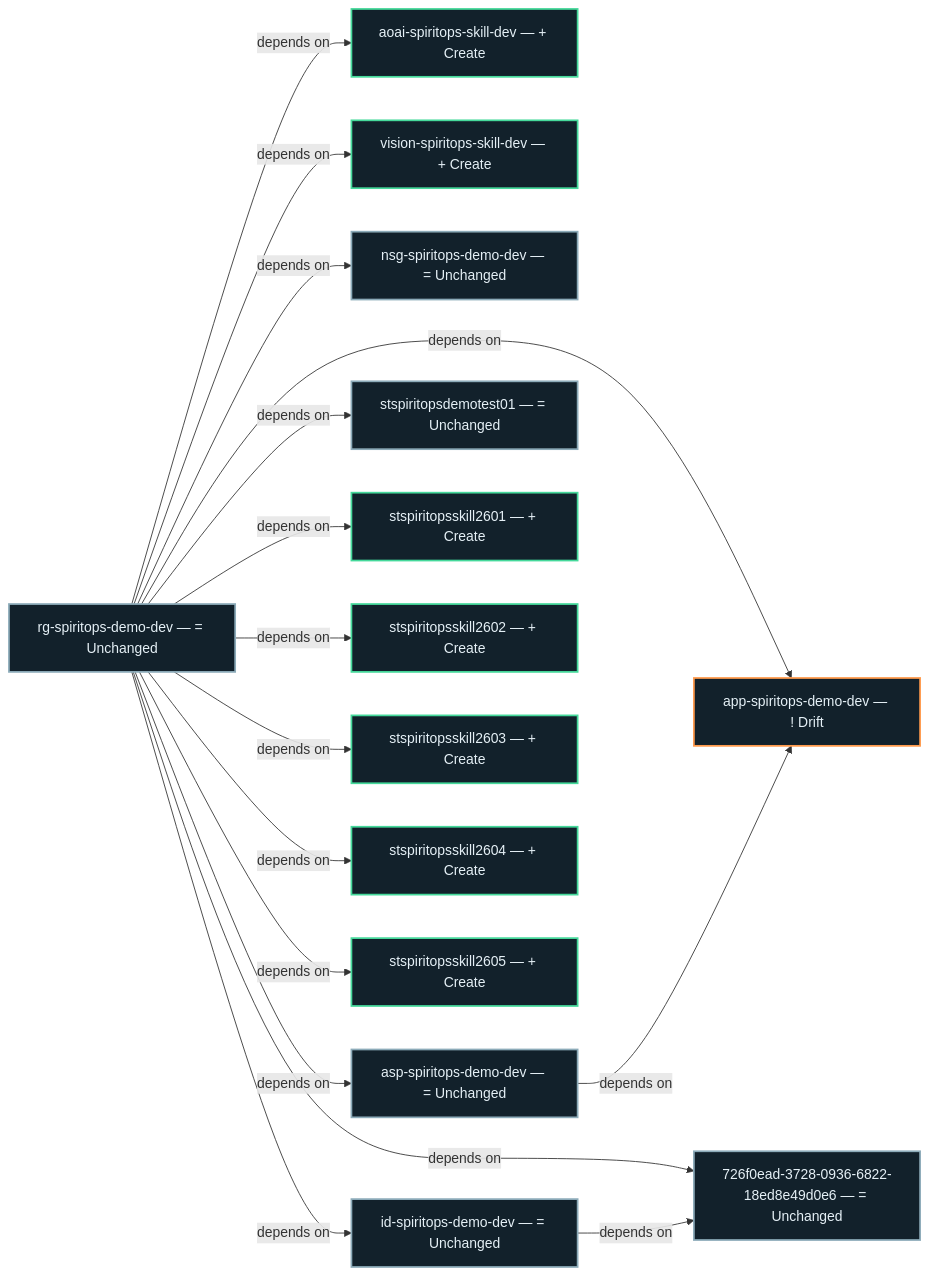
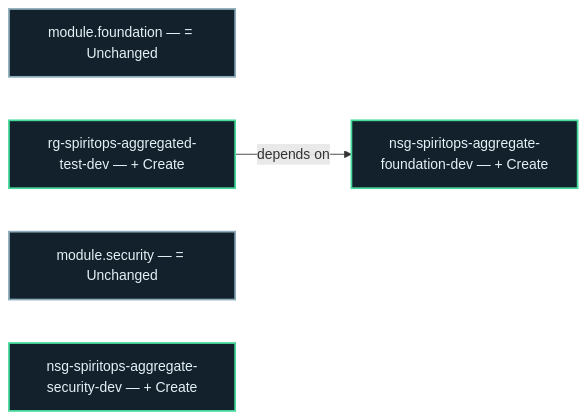
One commit to jeffy555/terraform-onboarding-full-flow changed the diagram in .spiritops/architecture/current/graph.mmd. Above: the diagram before and after it, drawn with Mermaid. The commit also changed 22 other files, not shown here.

Commit message:
spiritops: build 01M61YMXS5BHS2W77H5Q3YKKDN — 3 add, 0 modify, 0 destroy, 0 drift

```diff
--- a/.spiritops/architecture/current/graph.mmd
+++ b/.spiritops/architecture/current/graph.mmd
@@ -1,44 +1,12 @@
 flowchart LR
-  n0802edd44aa523d7a7b4c94a1eaf7e12fe46d0e46be0e5f545d6a581bf97c983["aoai-spiritops-skill-dev — #43; Create"]
-  style n0802edd44aa523d7a7b4c94a1eaf7e12fe46d0e46be0e5f545d6a581bf97c983 fill:#12212b,color:#e5f0f6,stroke:#45d99b,stroke-width:2px
-  n677728a4b675c94547e48c2a4ecb517f9833eb769cc50a5f9edd801996ddd9da["vision-spiritops-skill-dev — #43; Create"]
-  style n677728a4b675c94547e48c2a4ecb517f9833eb769cc50a5f9edd801996ddd9da fill:#12212b,color:#e5f0f6,stroke:#45d99b,stroke-width:2px
-  n0ef718c26f4cd3fe35035ef9304cbd28bc4518941dd40ba07ae4b16fc29d0202["app-spiritops-demo-dev — #33; Drift"]
-  style n0ef718c26f4cd3fe35035ef9304cbd28bc4518941dd40ba07ae4b16fc29d0202 fill:#12212b,color:#e5f0f6,stroke:#ff9a4c,stroke-width:2px
-  nfe07e5e70c45433f9e8025a4a370fd4dfadf120653035f64b0514bdc3a40c262["nsg-spiritops-demo-dev — #61; Unchanged"]
-  style nfe07e5e70c45433f9e8025a4a370fd4dfadf120653035f64b0514bdc3a40c262 fill:#12212b,color:#e5f0f6,stroke:#8cabb9,stroke-width:2px
-  n59bc55bf7437e0fb00a5e7c8a0586c7c8bfaa3bd9ee80be54a259083c4c227c1["rg-spiritops-demo-dev — #61; Unchanged"]
-  style n59bc55bf7437e0fb00a5e7c8a0586c7c8bfaa3bd9ee80be54a259083c4c227c1 fill:#12212b,color:#e5f0f6,stroke:#8cabb9,stroke-width:2px
-  n385a88de0373abefec0d5524e98e58296ddcba70b9e3c74398e2be2d14ddcfba["726f0ead-3728-0936-6822-18ed8e49d0e6 — #61; Unchanged"]
-  style n385a88de0373abefec0d5524e98e58296ddcba70b9e3c74398e2be2d14ddcfba fill:#12212b,color:#e5f0f6,stroke:#8cabb9,stroke-width:2px
-  n617382185b001256a91147d15315c7027036724e256ca6b098ecf52655cc2f2f["asp-spiritops-demo-dev — #61; Unchanged"]
-  style n617382185b001256a91147d15315c7027036724e256ca6b098ecf52655cc2f2f fill:#12212b,color:#e5f0f6,stroke:#8cabb9,stroke-width:2px
-  nf8cdbf0d2487110d1e3acafc17d1ab3fb58f77a3c68b571d5b2327c65abcc582["stspiritopsdemotest01 — #61; Unchanged"]
-  style nf8cdbf0d2487110d1e3acafc17d1ab3fb58f77a3c68b571d5b2327c65abcc582 fill:#12212b,color:#e5f0f6,stroke:#8cabb9,stroke-width:2px
-  nc3745af686eb6cc8ee6f2efc623980d5f17354e978b49c8b091266d7c15a2597["stspiritopsskill2601 — #43; Create"]
-  style nc3745af686eb6cc8ee6f2efc623980d5f17354e978b49c8b091266d7c15a2597 fill:#12212b,color:#e5f0f6,stroke:#45d99b,stroke-width:2px
-  n124d790b91a8e4b20bbdfdb99e2953c90622f7245d17e4fcc1353f3c8ee15b01["stspiritopsskill2602 — #43; Create"]
-  style n124d790b91a8e4b20bbdfdb99e2953c90622f7245d17e4fcc1353f3c8ee15b01 fill:#12212b,color:#e5f0f6,stroke:#45d99b,stroke-width:2px
-  ne50dd0f127c69874817d27d8bac55bc2090827081d0e735fb2fc7631e76f649c["stspiritopsskill2603 — #43; Create"]
-  style ne50dd0f127c69874817d27d8bac55bc2090827081d0e735fb2fc7631e76f649c fill:#12212b,color:#e5f0f6,stroke:#45d99b,stroke-width:2px
-  n392f17f21a5a2640f6b55ba8442197129dfc2315d17c18551ebc14bbfc3c2afa["stspiritopsskill2604 — #43; Create"]
-  style n392f17f21a5a2640f6b55ba8442197129dfc2315d17c18551ebc14bbfc3c2afa fill:#12212b,color:#e5f0f6,stroke:#45d99b,stroke-width:2px
-  n45809cad8c15cd6e856182306e7e92e533d15f0c316f97ff648f425c3ea4d33f["stspiritopsskill2605 — #43; Create"]
-  style n45809cad8c15cd6e856182306e7e92e533d15f0c316f97ff648f425c3ea4d33f fill:#12212b,color:#e5f0f6,stroke:#45d99b,stroke-width:2px
-  n337e9da0c57f16e599f088bcd95eb46617fc4d2bf8e55bcc1f600a2c16202d7a["id-spiritops-demo-dev — #61; Unchanged"]
-  style n337e9da0c57f16e599f088bcd95eb46617fc4d2bf8e55bcc1f600a2c16202d7a fill:#12212b,color:#e5f0f6,stroke:#8cabb9,stroke-width:2px
-  n59bc55bf7437e0fb00a5e7c8a0586c7c8bfaa3bd9ee80be54a259083c4c227c1 -->|"depends on"| n0802edd44aa523d7a7b4c94a1eaf7e12fe46d0e46be0e5f545d6a581bf97c983
-  n59bc55bf7437e0fb00a5e7c8a0586c7c8bfaa3bd9ee80be54a259083c4c227c1 -->|"depends on"| n677728a4b675c94547e48c2a4ecb517f9833eb769cc50a5f9edd801996ddd9da
-  n59bc55bf7437e0fb00a5e7c8a0586c7c8bfaa3bd9ee80be54a259083c4c227c1 -->|"depends on"| n0ef718c26f4cd3fe35035ef9304cbd28bc4518941dd40ba07ae4b16fc29d0202
-  n59bc55bf7437e0fb00a5e7c8a0586c7c8bfaa3bd9ee80be54a259083c4c227c1 -->|"depends on"| nfe07e5e70c45433f9e8025a4a370fd4dfadf120653035f64b0514bdc3a40c262
-  n59bc55bf7437e0fb00a5e7c8a0586c7c8bfaa3bd9ee80be54a259083c4c227c1 -->|"depends on"| n385a88de0373abefec0d5524e98e58296ddcba70b9e3c74398e2be2d14ddcfba
-  n59bc55bf7437e0fb00a5e7c8a0586c7c8bfaa3bd9ee80be54a259083c4c227c1 -->|"depends on"| n617382185b001256a91147d15315c7027036724e256ca6b098ecf52655cc2f2f
-  n59bc55bf7437e0fb00a5e7c8a0586c7c8bfaa3bd9ee80be54a259083c4c227c1 -->|"depends on"| nf8cdbf0d2487110d1e3acafc17d1ab3fb58f77a3c68b571d5b2327c65abcc582
-  n59bc55bf7437e0fb00a5e7c8a0586c7c8bfaa3bd9ee80be54a259083c4c227c1 -->|"depends on"| nc3745af686eb6cc8ee6f2efc623980d5f17354e978b49c8b091266d7c15a2597
-  n59bc55bf7437e0fb00a5e7c8a0586c7c8bfaa3bd9ee80be54a259083c4c227c1 -->|"depends on"| n124d790b91a8e4b20bbdfdb99e2953c90622f7245d17e4fcc1353f3c8ee15b01
-  n59bc55bf7437e0fb00a5e7c8a0586c7c8bfaa3bd9ee80be54a259083c4c227c1 -->|"depends on"| ne50dd0f127c69874817d27d8bac55bc2090827081d0e735fb2fc7631e76f649c
-  n59bc55bf7437e0fb00a5e7c8a0586c7c8bfaa3bd9ee80be54a259083c4c227c1 -->|"depends on"| n392f17f21a5a2640f6b55ba8442197129dfc2315d17c18551ebc14bbfc3c2afa
-  n59bc55bf7437e0fb00a5e7c8a0586c7c8bfaa3bd9ee80be54a259083c4c227c1 -->|"depends on"| n45809cad8c15cd6e856182306e7e92e533d15f0c316f97ff648f425c3ea4d33f
-  n59bc55bf7437e0fb00a5e7c8a0586c7c8bfaa3bd9ee80be54a259083c4c227c1 -->|"depends on"| n337e9da0c57f16e599f088bcd95eb46617fc4d2bf8e55bcc1f600a2c16202d7a
-  n617382185b001256a91147d15315c7027036724e256ca6b098ecf52655cc2f2f -->|"depends on"| n0ef718c26f4cd3fe35035ef9304cbd28bc4518941dd40ba07ae4b16fc29d0202
-  n337e9da0c57f16e599f088bcd95eb46617fc4d2bf8e55bcc1f600a2c16202d7a -->|"depends on"| n385a88de0373abefec0d5524e98e58296ddcba70b9e3c74398e2be2d14ddcfba
+  n15cfb3c06432202a462cb4a3b87a042df203cfe80f304bba85294c7bc689af73["module.foundation — #61; Unchanged"]
+  style n15cfb3c06432202a462cb4a3b87a042df203cfe80f304bba85294c7bc689af73 fill:#12212b,color:#e5f0f6,stroke:#8cabb9,stroke-width:2px
+  nf308e341f6b9cc37ce9f1718154c9181a8e8eaccd371f6e371c48b5a27c2bbdd["nsg-spiritops-aggregate-foundation-dev — #43; Create"]
+  style nf308e341f6b9cc37ce9f1718154c9181a8e8eaccd371f6e371c48b5a27c2bbdd fill:#12212b,color:#e5f0f6,stroke:#45d99b,stroke-width:2px
+  nfc39eb68e1e9d0cfcb50e9d9739eb0f013bdd9246a5599719ec7586aa15e6625["rg-spiritops-aggregated-test-dev — #43; Create"]
+  style nfc39eb68e1e9d0cfcb50e9d9739eb0f013bdd9246a5599719ec7586aa15e6625 fill:#12212b,color:#e5f0f6,stroke:#45d99b,stroke-width:2px
+  n32f783a46a7079c5405d2ab03f5b187b3aad2a6c16265a4e107e687d5edd9135["module.security — #61; Unchanged"]
+  style n32f783a46a7079c5405d2ab03f5b187b3aad2a6c16265a4e107e687d5edd9135 fill:#12212b,color:#e5f0f6,stroke:#8cabb9,stroke-width:2px
+  n4775aa7a7c54fd0454d979352e53a51783a9a243bd2b57a7e619a1b479529cce["nsg-spiritops-aggregate-security-dev — #43; Create"]
+  style n4775aa7a7c54fd0454d979352e53a51783a9a243bd2b57a7e619a1b479529cce fill:#12212b,color:#e5f0f6,stroke:#45d99b,stroke-width:2px
+  nfc39eb68e1e9d0cfcb50e9d9739eb0f013bdd9246a5599719ec7586aa15e6625 -->|"depends on"| nf308e341f6b9cc37ce9f1718154c9181a8e8eaccd371f6e371c48b5a27c2bbdd
```
